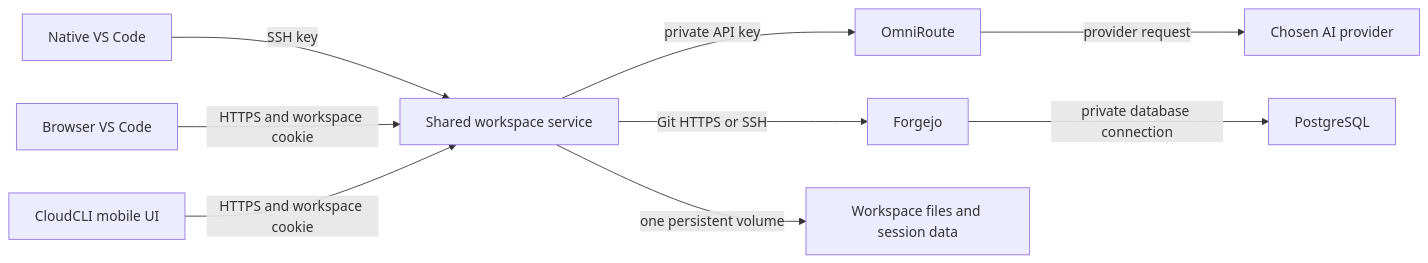
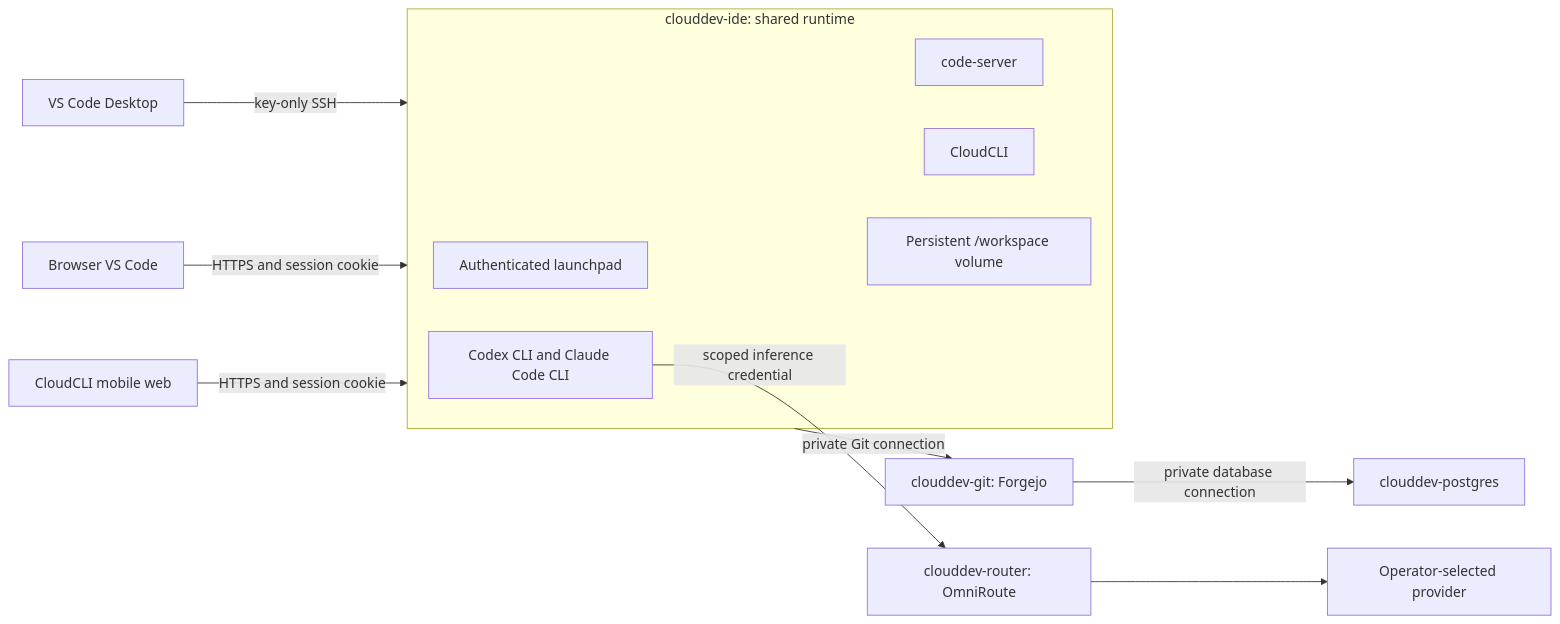
One commit to Schero94/clouddev-ai-sovereign-workspace changed the diagram in README.md. Above: the diagram before and after it, drawn with Mermaid. The commit also changed other lines of this file and 86 other files, not shown here.

````diff
--- a/README.md
+++ b/README.md
@@ -28,11 +74,20 @@
 ```mermaid
 flowchart LR
-  D["Native VS Code"] -->|SSH key| W["Shared workspace service"]
-  B["Browser VS Code"] -->|HTTPS and workspace cookie| W
-  M["CloudCLI mobile UI"] -->|HTTPS and workspace cookie| W
-  W -->|private API key| O["OmniRoute"]
-  O -->|provider request| P["Chosen AI provider"]
-  W -->|Git HTTPS or SSH| F["Forgejo"]
-  F -->|private database connection| DB["PostgreSQL"]
-  W -->|one persistent volume| V["Workspace files and session data"]
+  Desktop["VS Code Desktop"] -->|"key-only SSH"| Workspace
+  Browser["Browser VS Code"] -->|"HTTPS and session cookie"| Workspace
+  Mobile["CloudCLI mobile web"] -->|"HTTPS and session cookie"| Workspace
+
+  subgraph Workspace["clouddev-ide: shared runtime"]
+    Launchpad["Authenticated launchpad"]
+    CodeServer["code-server"]
+    CloudCLI["CloudCLI"]
+    Agents["Codex CLI and Claude Code CLI"]
+    Disk["Persistent /workspace volume"]
+  end
+
+  Agents -->|"scoped inference credential"| Router["clouddev-router: OmniRoute"]
+  Router --> Provider["Operator-selected provider"]
+  Workspace -->|"private Git connection"| Forgejo["clouddev-git: Forgejo"]
+  Forgejo -->|"private database connection"| PostgreSQL["clouddev-postgres"]
+  Workspace --- Disk
 ```
````
